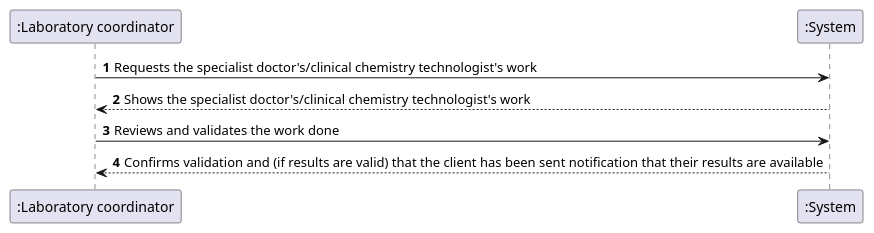
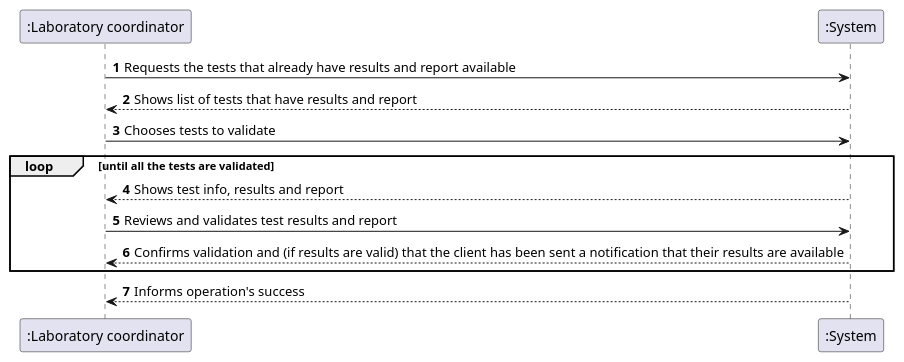
Before and after one commit to MadDinosaur/ISEP-LAPR2: the diagram in docs/SprintC/US15/US15_SSD.puml, drawn with PlantUML. The commit also changed 2 other files, not shown here.

```diff
--- a/docs/SprintC/US15/US15_SSD.puml
+++ b/docs/SprintC/US15/US15_SSD.puml
@@ -1,11 +1,16 @@
 @startuml
 'https://plantuml.com/sequence-diagram
 
 autonumber
 
-":Laboratory coordinator" -> ":System": Requests the specialist doctor's/clinical chemistry technologist's work
-":System" --> ":Laboratory coordinator": Shows the specialist doctor's/clinical chemistry technologist's work
-":Laboratory coordinator" -> ":System": Reviews and validates the work done
-":System" --> ":Laboratory coordinator": Confirms validation and (if results are valid) that the client has been sent notification that their results are available
+":Laboratory coordinator" -> ":System": Requests the tests that already have results and report available
+":System" --> ":Laboratory coordinator": Shows list of tests that have results and report
+":Laboratory coordinator" -> ":System": Chooses tests to validate
+loop until all the tests are validated
+":System" --> ":Laboratory coordinator": Shows test info, results and report
+":Laboratory coordinator" -> ":System": Reviews and validates test results and report
+":System" --> ":Laboratory coordinator": Confirms validation and (if results are valid) that the client has been sent a notification that their results are available
+end loop
+":System" --> ":Laboratory coordinator": Informs operation's success
 
 @enduml
```
